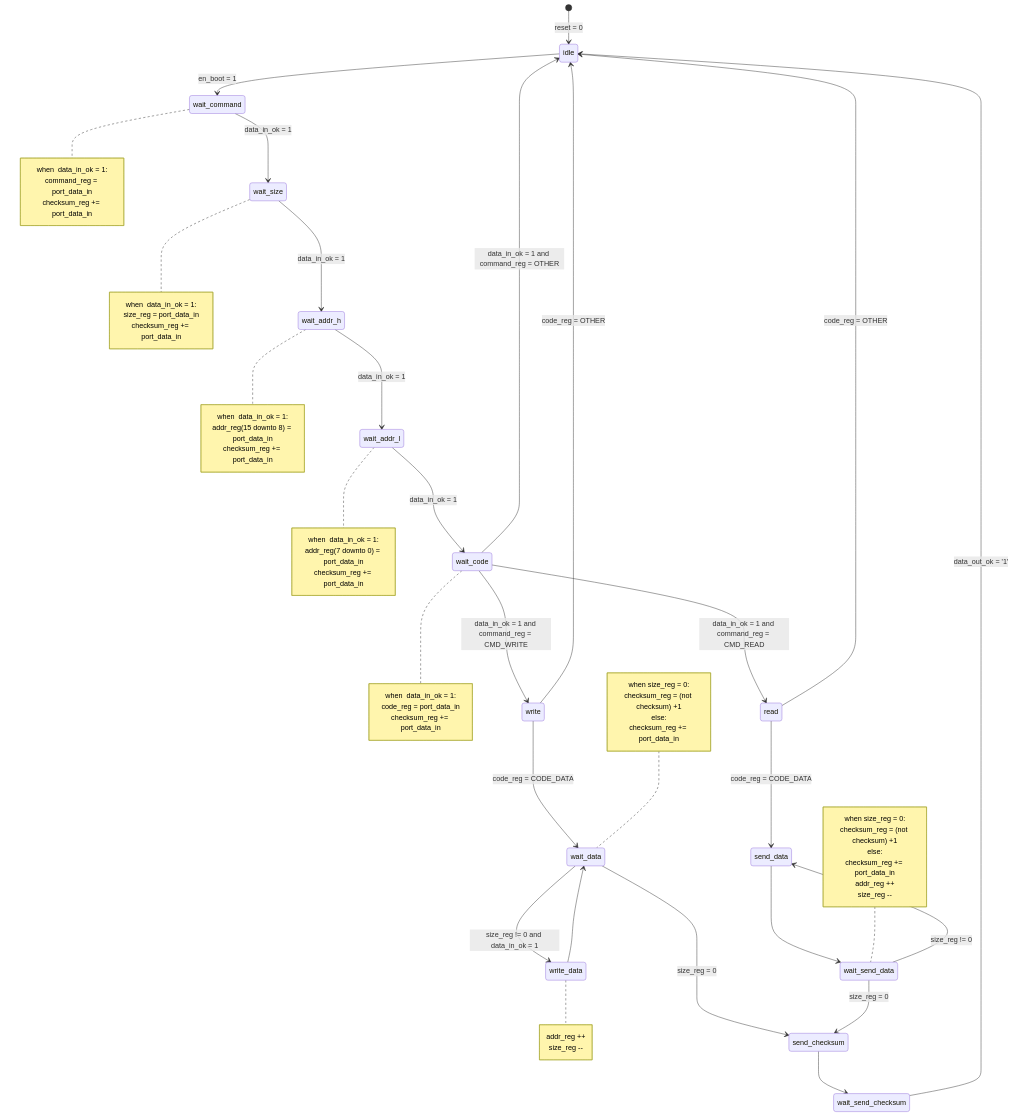
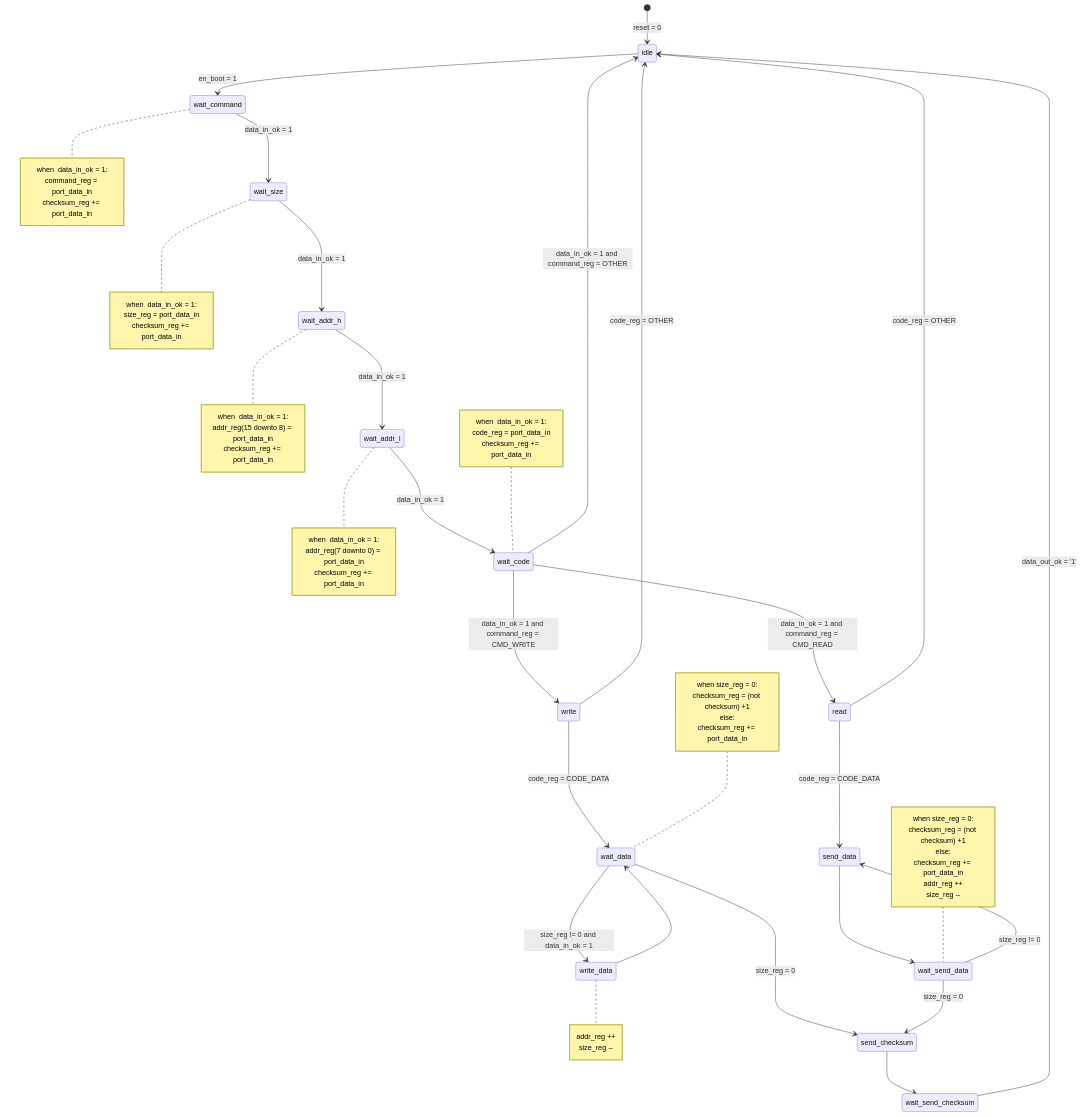
One commit to dezamora98/Oregano8051_HW_bootloader changed the diagram in README.md. Above: the diagram before and after it, drawn with Mermaid. The commit also changed 1 other file, not shown here.

Commit message:
update state_type

````diff
--- a/README.md
+++ b/README.md
@@ -8,76 +8,76 @@
 ```mermaid
 stateDiagram-v2
 
     [*] --> idle: reset = 0
     idle --> wait_command: en_boot = 1
     wait_command --> wait_size: data_in_ok = 1
     wait_size --> wait_addr_h: data_in_ok = 1
     wait_addr_h --> wait_addr_l: data_in_ok = 1
     wait_addr_l --> wait_code: data_in_ok = 1
     wait_code --> write:  data_in_ok = 1 and command_reg = CMD_WRITE
     wait_code --> read:  data_in_ok = 1 and command_reg = CMD_READ
     wait_code --> idle:  data_in_ok = 1 and command_reg = OTHER
     write --> wait_data: code_reg = CODE_DATA
     write --> idle: code_reg = OTHER
     wait_data --> send_checksum: size_reg = 0
     wait_data --> write_data: size_reg != 0 and data_in_ok = 1
     write_data --> wait_data
     send_checksum --> wait_send_checksum
     wait_send_checksum --> idle: data_out_ok = '1'
     read --> send_data: code_reg = CODE_DATA
     read --> idle: code_reg = OTHER
     send_data --> wait_send_data
     wait_send_data --> send_checksum: size_reg = 0
     wait_send_data --> send_data: size_reg != 0
 
     note right of wait_command
         when  data_in_ok = 1:
             command_reg = port_data_in
             checksum_reg += port_data_in
     end note
 
     note right of wait_size
         when  data_in_ok = 1:
             size_reg = port_data_in
             checksum_reg += port_data_in
     end note
 
     note right of wait_addr_h
         when  data_in_ok = 1:
             addr_reg(15 downto 8) = port_data_in
             checksum_reg += port_data_in
     end note
 
     note right of wait_addr_l
         when  data_in_ok = 1:
             addr_reg(7 downto 0) = port_data_in
             checksum_reg += port_data_in
     end note
 
-    note right of wait_code
+    note left of wait_code
         when  data_in_ok = 1:
             code_reg = port_data_in
             checksum_reg += port_data_in
     end note
     
     note right of write_data
         addr_reg ++
         size_reg --
     end note
 
     note left of wait_data
         when size_reg = 0:
             checksum_reg = (not checksum) +1
         else:
             checksum_reg += port_data_in
     end note
 
      note left of wait_send_data
         when size_reg = 0:
             checksum_reg = (not checksum) +1
         else:
             checksum_reg += port_data_in
             addr_reg ++
             size_reg --
     end note
 ```
````
